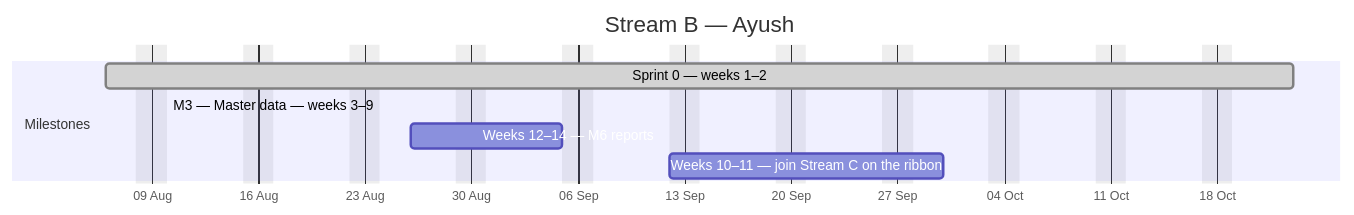
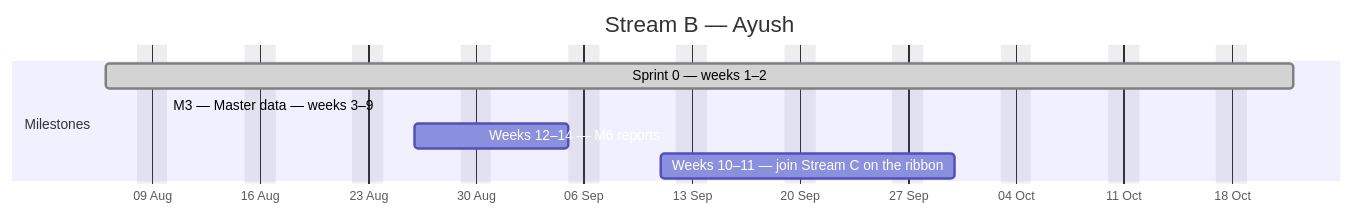
Before and after one commit to debashisedunext/EduTrack: the second of 4 diagrams in docs/plan/GANTT.md, drawn with Mermaid. The commit also changed other lines of this file and 3 other files, not shown here.

````diff
--- a/docs/plan/GANTT.md
+++ b/docs/plan/GANTT.md
@@ -124,12 +123,12 @@
 ```mermaid
 gantt
     dateFormat YYYY-MM-DD
     axisFormat %d %b
     title Stream B — Ayush
     excludes weekends
     section Milestones
-    Sprint 0 — weeks 1–2 :done, b0, 2026-08-06, 56d
+    Sprint 0 — weeks 1–2 :done, b0, 2026-08-06, 55d
     M3 — Master data — weeks 3–9 :active, b1, 2026-08-10, -20d
     Weeks 12–14 — M6 reports :b2, 2026-08-26, 8d
-    Weeks 10–11 — join Stream C on the ribbon :b3, 2026-09-12, 13d
+    Weeks 10–11 — join Stream C on the ribbon :b3, 2026-09-11, 13d
 ```
````
